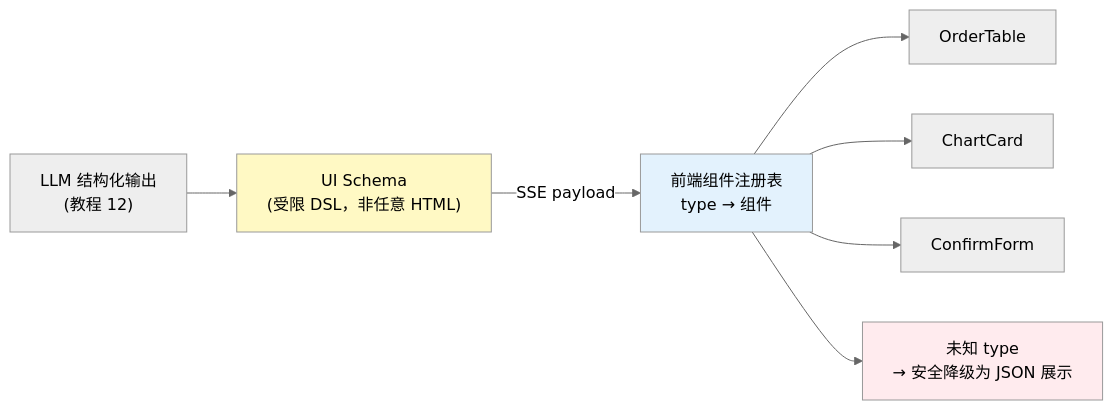
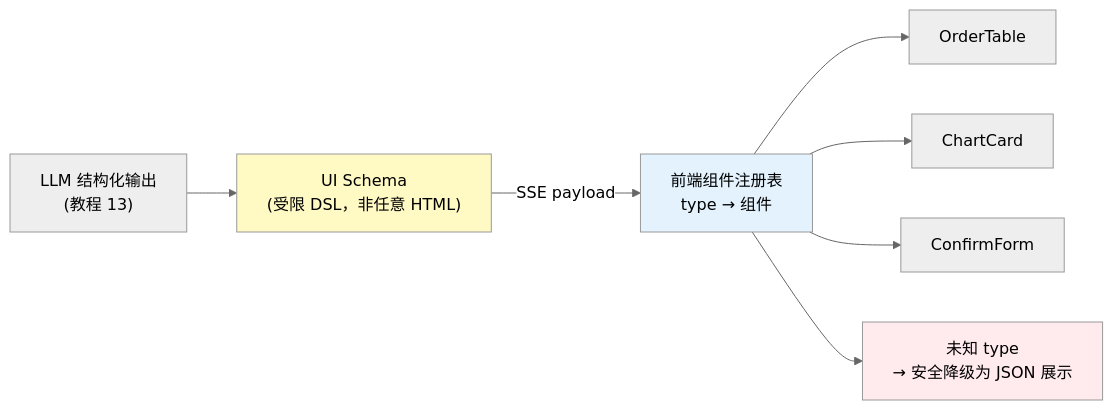
One commit to UranusGit/java-agent-learn changed the second of 3 diagrams in docs/教程/18-Agentic-UI设计.md. Above: the diagram before and after it, drawn with Mermaid (neutral theme). The commit also changed other lines of this file and 244 other files, not shown here.

````diff
--- a/docs/教程/18-Agentic-UI设计.md
+++ b/docs/教程/18-Agentic-UI设计.md
@@ -266,13 +266,13 @@
 ```mermaid
 flowchart LR
-    LLM["LLM 结构化输出<br/>(教程 12)"] --> SCHEMA["UI Schema<br/>(受限 DSL，非任意 HTML)"]
+    LLM["LLM 结构化输出<br/>(教程 13)"] --> SCHEMA["UI Schema<br/>(受限 DSL，非任意 HTML)"]
     SCHEMA -->|SSE payload| REG["前端组件注册表<br/>type → 组件"]
     REG --> C1["OrderTable"]
     REG --> C2["ChartCard"]
     REG --> C3["ConfirmForm"]
     REG --> X["未知 type<br/>→ 安全降级为 JSON 展示"]
 
     style SCHEMA fill:#fff9c4
     style REG fill:#e3f2fd
     style X fill:#ffebee
 ```
````
